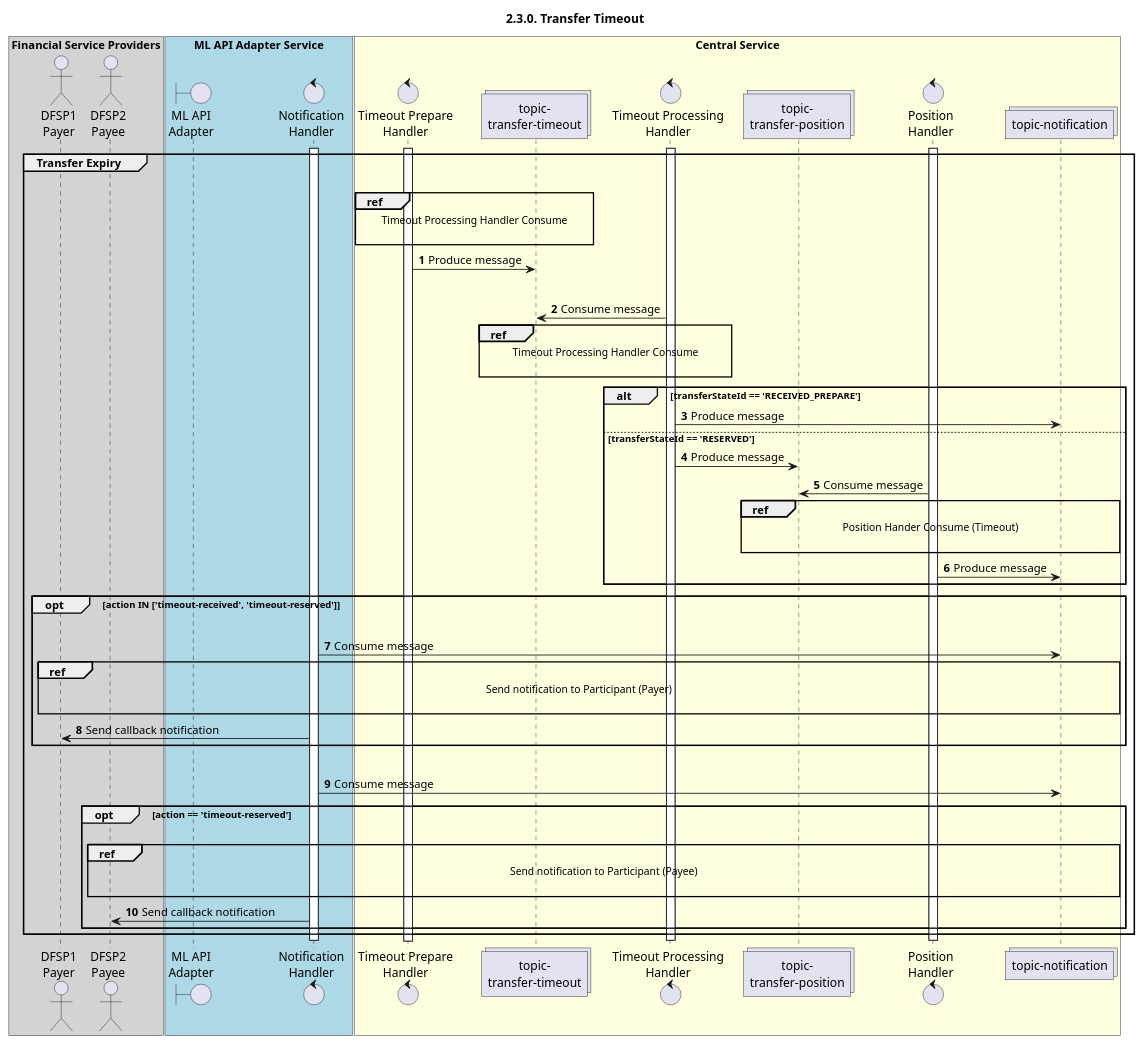
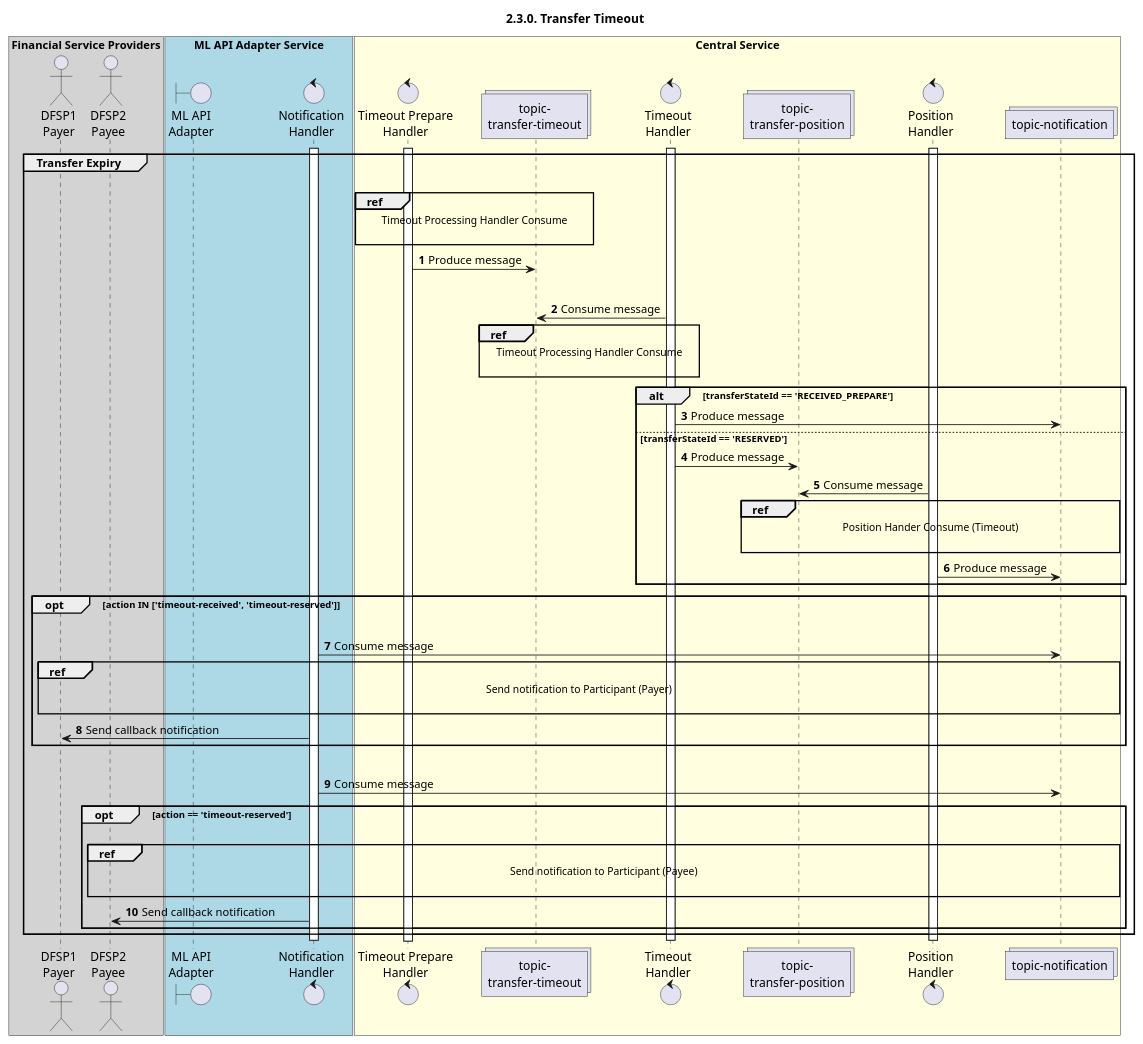
One commit to mojaloop/documentation changed the diagram in mojaloop-technical-overview/central-ledger/assets/diagrams/sequence/seq-timeout-2.3.0.plantuml. Above: the diagram before and after it, drawn with PlantUML. The commit also changed other lines of this file and 8 other files, not shown here.

```diff
--- a/mojaloop-technical-overview/central-ledger/assets/diagrams/sequence/seq-timeout-2.3.0.plantuml
+++ b/mojaloop-technical-overview/central-ledger/assets/diagrams/sequence/seq-timeout-2.3.0.plantuml
@@ -25,82 +26,82 @@
 @startuml
 ' declate title
 title 2.3.0. Transfer Timeout
 
 autonumber
 
 ' Actor Keys:
 '   boundary - APIs/Interfaces, etc
 '   collections - Kafka Topics
 '   control - Kafka Consumers
 '   entity - Database Access Objects
 '   database - Database Persistance Store
 
 ' declare actors
 actor "DFSP1\nPayer" as DFSP1
 actor "DFSP2\nPayee" as DFSP2
 boundary "ML API\nAdapter" as MLAPI
 control "Notification\nHandler" as NOTIFY_HANDLER
-control  "Timeout Prepare\nHandler" as EXP_PREP_HANDLER
+control  "Timeout Prepare\nHandler" as TIMEOUT_PREP_HANDLER
 collections "topic-\ntransfer-timeout" as TOPIC_TRANSFER_TIMEOUT
-control "Timeout Processing\nHandler" as EXP_HANDLER
+control "Timeout\nHandler" as TIMEOUT_HANDLER
 collections "topic-\ntransfer-position" as TOPIC_TRANSFER_POSITION
 control "Position\nHandler" as POS_HANDLER
 collections "topic-notification" as TOPIC_NOTIFICATIONS
 
-box "Financial Service Providers" #lightGray
+box "Financial Service Providers" #lightgray
 	participant DFSP1
 	participant DFSP2
 end box
 
-box "ML API Adapter Service" #LightBlue
+box "ML API Adapter Service" #lightblue
 	participant MLAPI
 	participant NOTIFY_HANDLER
 end box
 
-box "Central Service" #LightYellow
-    participant EXP_PREP_HANDLER
+box "Central Service" #lightyellow
+    participant TIMEOUT_PREP_HANDLER
     participant TOPIC_TRANSFER_TIMEOUT
-    participant EXP_HANDLER
+    participant TIMEOUT_HANDLER
     participant TOPIC_TRANSFER_POSITION
     participant POS_HANDLER
     participant TOPIC_NOTIFICATIONS
 end box
 
 ' start flow
-activate EXP_PREP_HANDLER
+activate TIMEOUT_PREP_HANDLER
 activate NOTIFY_HANDLER
-activate EXP_HANDLER
+activate TIMEOUT_HANDLER
 activate POS_HANDLER
 group Transfer Expiry
     |||
-    ref over EXP_PREP_HANDLER, TOPIC_TRANSFER_TIMEOUT :  Timeout Processing Handler Consume\n
-    EXP_PREP_HANDLER -> TOPIC_TRANSFER_TIMEOUT: Produce message
+    ref over TIMEOUT_PREP_HANDLER, TOPIC_TRANSFER_TIMEOUT:  Timeout Processing Handler Consume\n
+    TIMEOUT_PREP_HANDLER -> TOPIC_TRANSFER_TIMEOUT: Produce message
     |||
-    TOPIC_TRANSFER_TIMEOUT <- EXP_HANDLER: Consume message
-    ref over TOPIC_TRANSFER_TIMEOUT, EXP_HANDLER :  Timeout Processing Handler Consume\n
+    TOPIC_TRANSFER_TIMEOUT <- TIMEOUT_HANDLER: Consume message
+    ref over TOPIC_TRANSFER_TIMEOUT, TIMEOUT_HANDLER:  Timeout Processing Handler Consume\n
     alt transferStateId == 'RECEIVED_PREPARE'
-        EXP_HANDLER -> TOPIC_NOTIFICATIONS: Produce message
+        TIMEOUT_HANDLER -> TOPIC_NOTIFICATIONS: Produce message
     else transferStateId == 'RESERVED'
-        EXP_HANDLER -> TOPIC_TRANSFER_POSITION: Produce message
+        TIMEOUT_HANDLER -> TOPIC_TRANSFER_POSITION: Produce message
         TOPIC_TRANSFER_POSITION <- POS_HANDLER: Consume message
-        ref over TOPIC_TRANSFER_POSITION, TOPIC_NOTIFICATIONS :  Position Hander Consume (Timeout)\n
+        ref over TOPIC_TRANSFER_POSITION, TOPIC_NOTIFICATIONS:  Position Hander Consume (Timeout)\n
         POS_HANDLER -> TOPIC_NOTIFICATIONS: Produce message
     end
     opt action IN ['timeout-received', 'timeout-reserved']
         |||
         TOPIC_NOTIFICATIONS <- NOTIFY_HANDLER: Consume message
         ref over DFSP1, TOPIC_NOTIFICATIONS : Send notification to Participant (Payer)\n
         NOTIFY_HANDLER -> DFSP1: Send callback notification
     end
     |||
     TOPIC_NOTIFICATIONS <- NOTIFY_HANDLER: Consume message
     opt action == 'timeout-reserved'
         |||
         ref over DFSP2, TOPIC_NOTIFICATIONS : Send notification to Participant (Payee)\n
         NOTIFY_HANDLER -> DFSP2: Send callback notification
     end
 end
 deactivate POS_HANDLER
-deactivate EXP_HANDLER
+deactivate TIMEOUT_HANDLER
 deactivate NOTIFY_HANDLER
 @enduml
```
